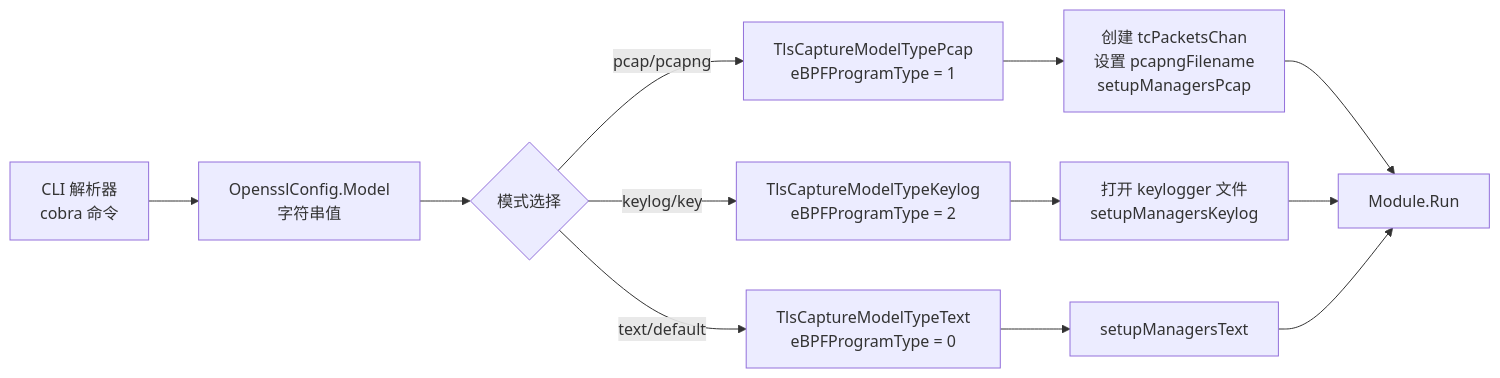
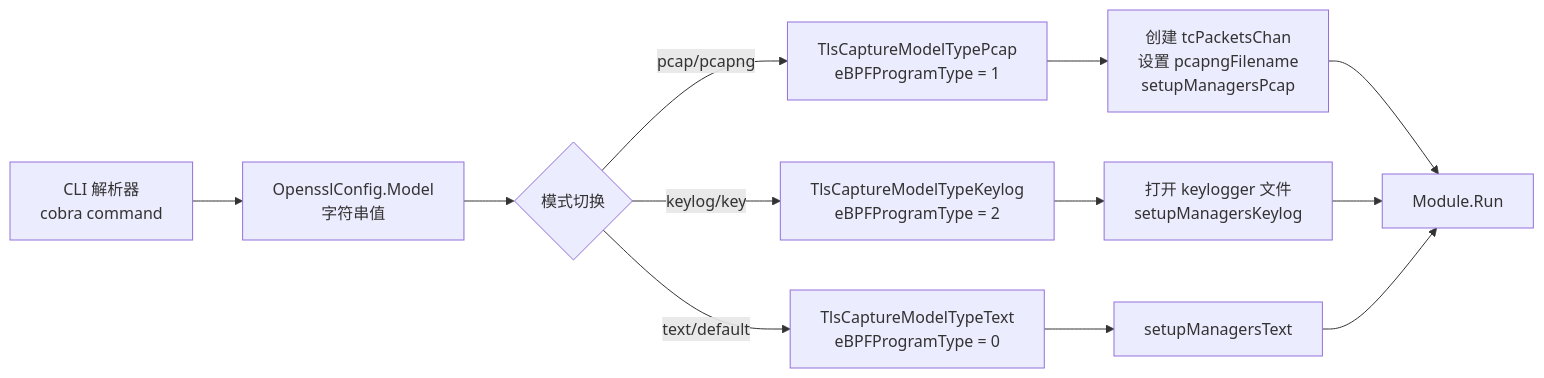
Before and after one commit to gojue/ecapture.cc: the second of 8 diagrams in src/zh/4-output-formats/4.2-pcap-integration.md, drawn with Mermaid. The commit also changed other lines of this file and 115 other files, not shown here.

````diff
--- a/src/zh/4-output-formats/4.2-pcap-integration.md
+++ b/src/zh/4-output-formats/4.2-pcap-integration.md
@@ -94,17 +107,17 @@
 ```mermaid
 graph LR
-    CLI_PARSE[CLI 解析器<br/>cobra 命令] --> MODEL_CONFIG[OpensslConfig.Model<br/>字符串值]
-    MODEL_CONFIG --> SWITCH{模式选择}
+    CLI_PARSE["CLI 解析器<br/>cobra command"] --> MODEL_CONFIG["OpensslConfig.Model<br/>字符串值"]
+    MODEL_CONFIG --> SWITCH{"模式切换"}
     
-    SWITCH -->|"pcap/pcapng"| PCAP_INIT[TlsCaptureModelTypePcap<br/>eBPFProgramType = 1]
-    SWITCH -->|"keylog/key"| KEYLOG_INIT[TlsCaptureModelTypeKeylog<br/>eBPFProgramType = 2]
-    SWITCH -->|"text/default"| TEXT_INIT[TlsCaptureModelTypeText<br/>eBPFProgramType = 0]
+    SWITCH -->|"pcap/pcapng"| PCAP_INIT["TlsCaptureModelTypePcap<br/>eBPFProgramType = 1"]
+    SWITCH -->|"keylog/key"| KEYLOG_INIT["TlsCaptureModelTypeKeylog<br/>eBPFProgramType = 2"]
+    SWITCH -->|"text/default"| TEXT_INIT["TlsCaptureModelTypeText<br/>eBPFProgramType = 0"]
     
-    PCAP_INIT --> PCAP_SETUP[创建 tcPacketsChan<br/>设置 pcapngFilename<br/>setupManagersPcap]
-    KEYLOG_INIT --> KEYLOG_SETUP[打开 keylogger 文件<br/>setupManagersKeylog]
-    TEXT_INIT --> TEXT_SETUP[setupManagersText]
+    PCAP_INIT --> PCAP_SETUP["创建 tcPacketsChan<br/>设置 pcapngFilename<br/>setupManagersPcap"]
+    KEYLOG_INIT --> KEYLOG_SETUP["打开 keylogger 文件<br/>setupManagersKeylog"]
+    TEXT_INIT --> TEXT_SETUP["setupManagersText"]
     
-    PCAP_SETUP --> RUN[Module.Run]
+    PCAP_SETUP --> RUN["Module.Run"]
     KEYLOG_SETUP --> RUN
     TEXT_SETUP --> RUN
 ```
````
